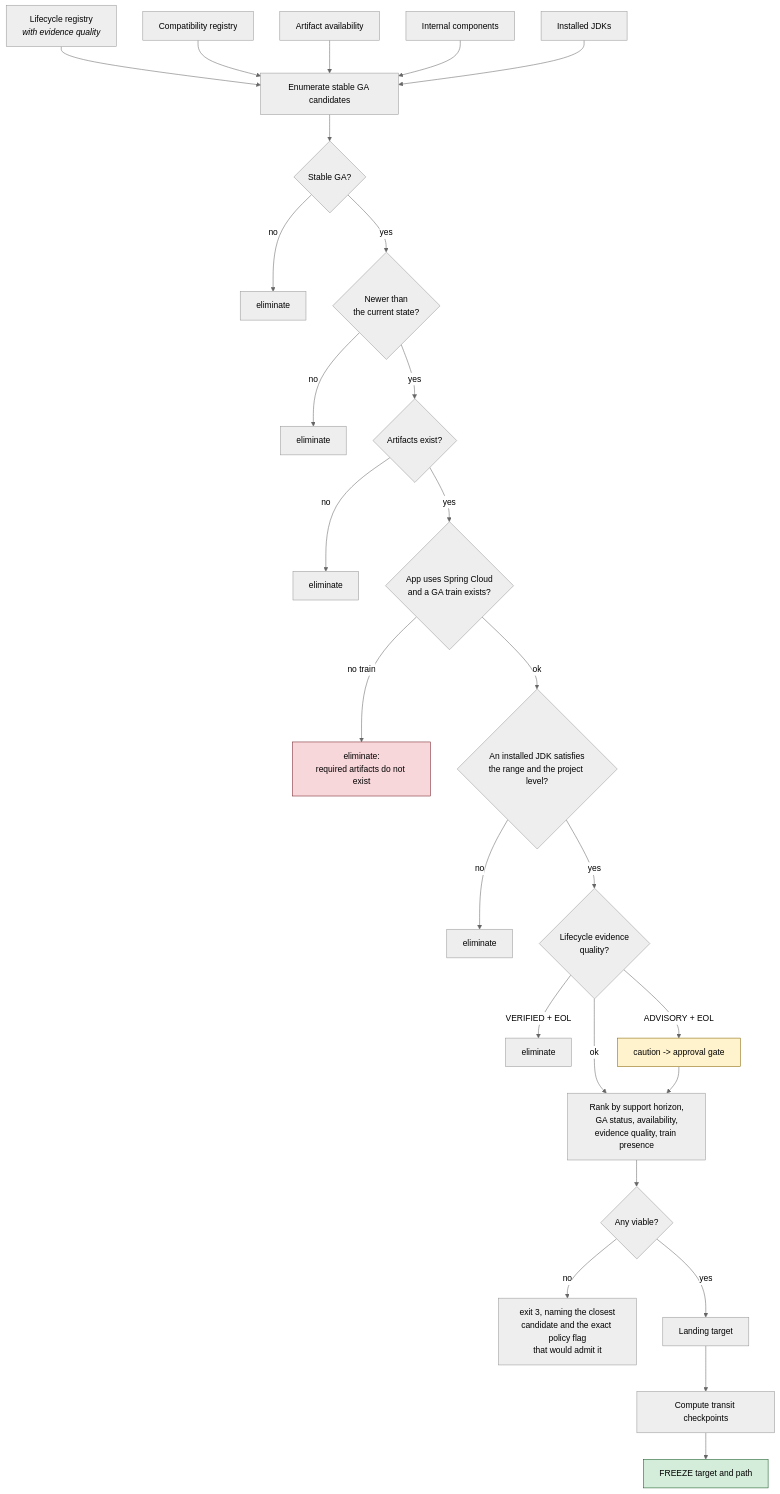
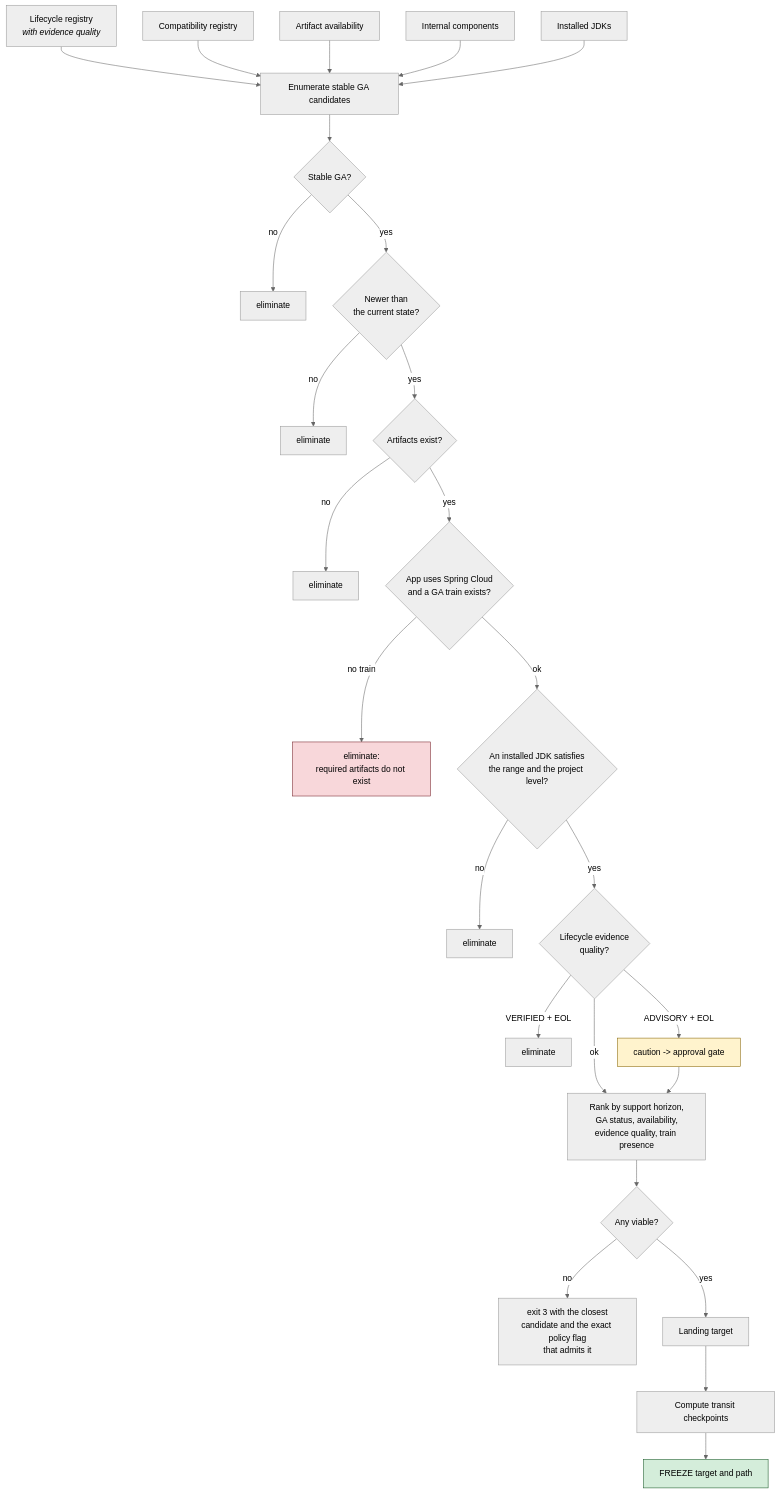
One commit to KrishnaAnnavaram/bootshift changed diagram 17 of 40 in README.md. Above: the diagram before and after it, drawn with Mermaid (neutral theme). The commit also changed other lines of this file and 1 other file, not shown here.

````diff
--- a/README.md
+++ b/README.md
@@ -1331,33 +1563,33 @@
 ```mermaid
 flowchart TD
     LC["Lifecycle registry<br/><i>with evidence quality</i>"] --> CAND["Enumerate stable GA candidates"]
     COMPAT["Compatibility registry"] --> CAND
     AVAIL["Artifact availability"] --> CAND
     INT["Internal components"] --> CAND
     JDK["Installed JDKs"] --> CAND
 
     CAND --> E1{"Stable GA?"}
     E1 -->|no| X1["eliminate"]
     E1 -->|yes| E2{"Newer than<br/>the current state?"}
     E2 -->|no| X2["eliminate"]
     E2 -->|yes| E3{"Artifacts exist?"}
     E3 -->|no| X3["eliminate"]
     E3 -->|yes| E4{"App uses Spring Cloud<br/>and a GA train exists?"}
     E4 -->|no train| X4["eliminate:<br/>required artifacts do not exist"]
     E4 -->|ok| E5{"An installed JDK satisfies<br/>the range and the project level?"}
     E5 -->|no| X5["eliminate"]
     E5 -->|yes| E6{"Lifecycle evidence<br/>quality?"}
     E6 -->|VERIFIED + EOL| X6["eliminate"]
     E6 -->|ADVISORY + EOL| C1["caution -> approval gate"]
     E6 -->|ok| RANK
     C1 --> RANK["Rank by support horizon,<br/>GA status, availability,<br/>evidence quality, train presence"]
     RANK --> PICK{"Any viable?"}
-    PICK -->|no| BLOCK["exit 3, naming the closest<br/>candidate and the exact policy flag<br/>that would admit it"]
+    PICK -->|no| BLOCK["exit 3 with the closest<br/>candidate and the exact policy flag<br/>that admits it"]
     PICK -->|yes| LAND["Landing target"]
     LAND --> PATH["Compute transit checkpoints"]
     PATH --> FREEZE["FREEZE target and path"]
 
     style X4 fill:#f8d7da,stroke:#721c24
     style C1 fill:#fff3cd,stroke:#856404
     style FREEZE fill:#d4edda,stroke:#155724
 ```
````
